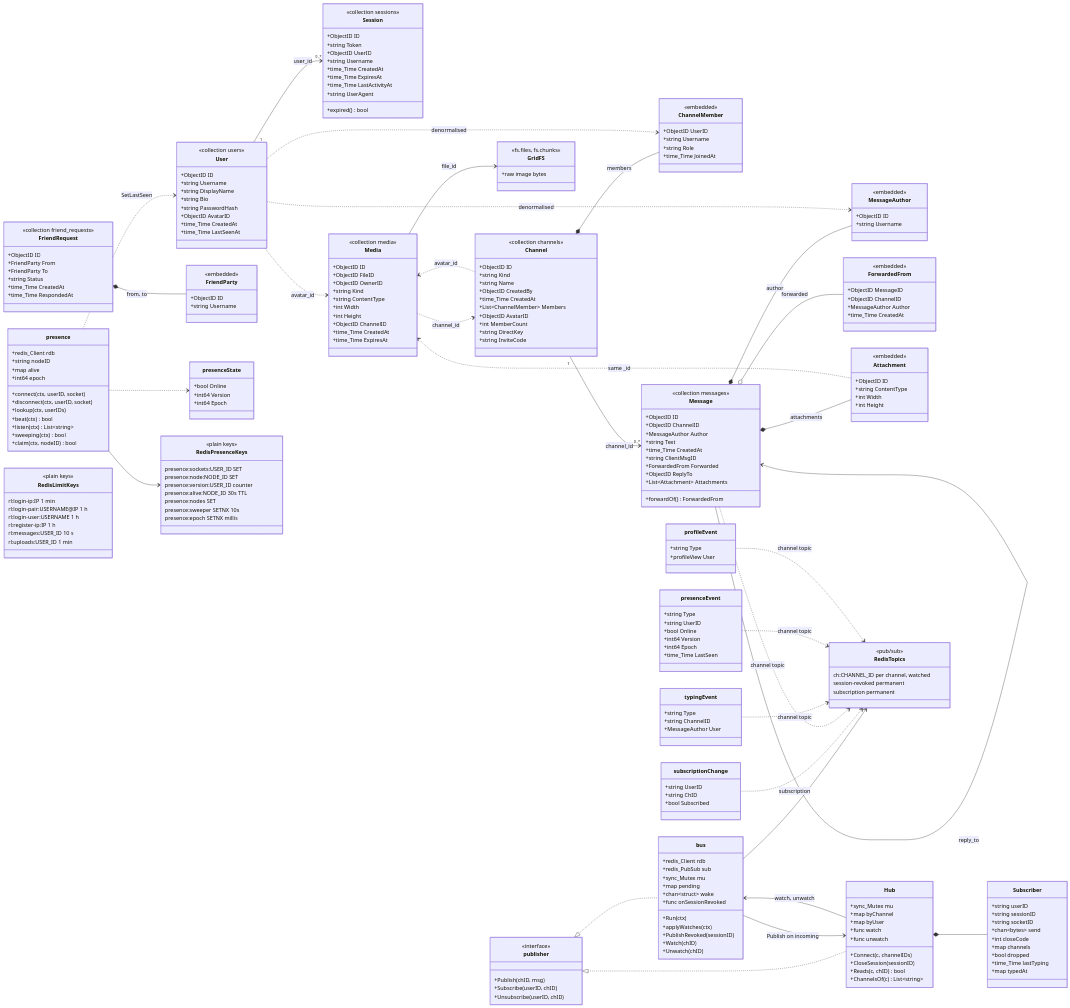
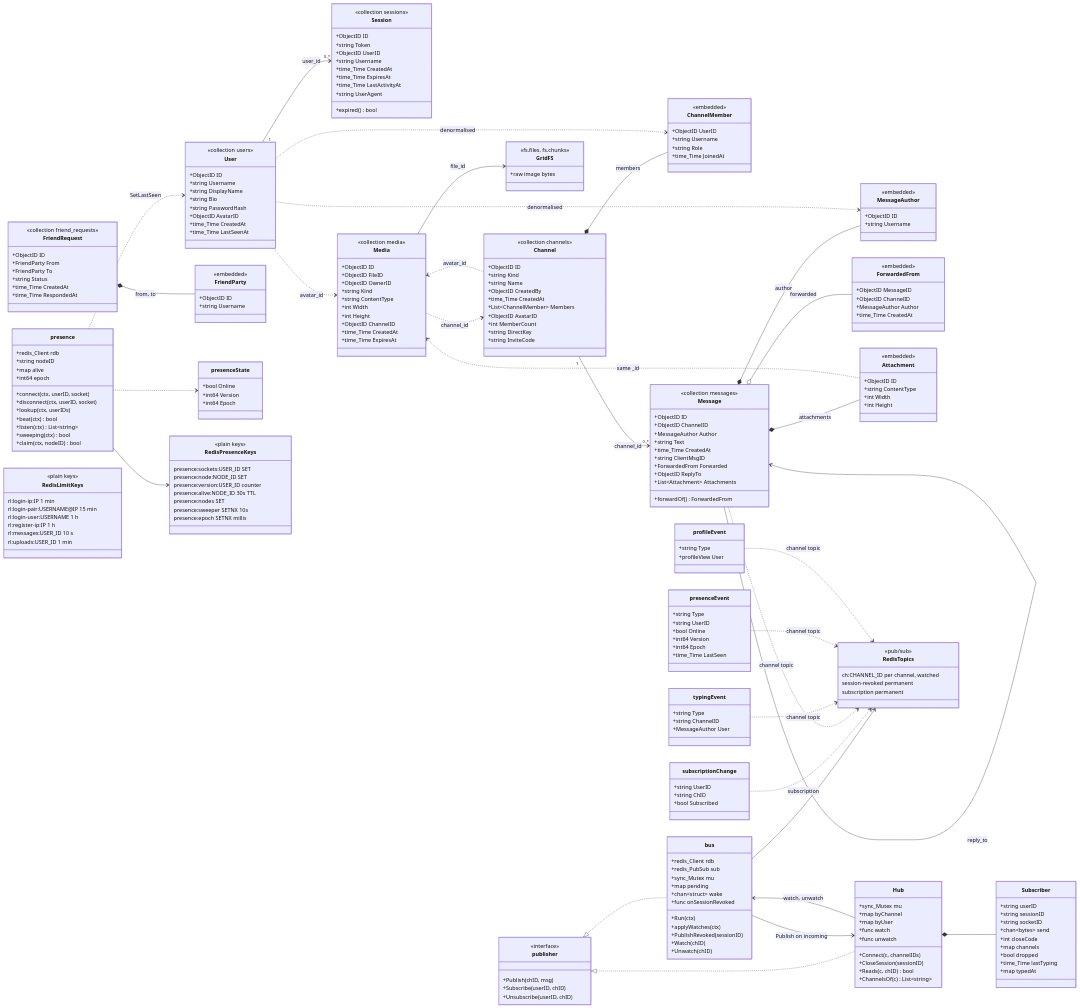
One commit to hdmtrn/nosql-messenger changed the diagram in docs/diagrams/data-model.mmd. Above: the diagram before and after it, drawn with Mermaid. The commit also changed 5 other files, not shown here.

```diff
--- a/docs/diagrams/data-model.mmd
+++ b/docs/diagrams/data-model.mmd
@@ -227,7 +227,7 @@
   class RedisLimitKeys {
     <<plain keys>>
     rl:login-ip:IP 1 min
-    rl:login-pair:USERNAME@IP 1 h
+    rl:login-pair:USERNAME@IP 15 min
     rl:login-user:USERNAME 1 h
     rl:register-ip:IP 1 h
     rl:messages:USER_ID 10 s
```
